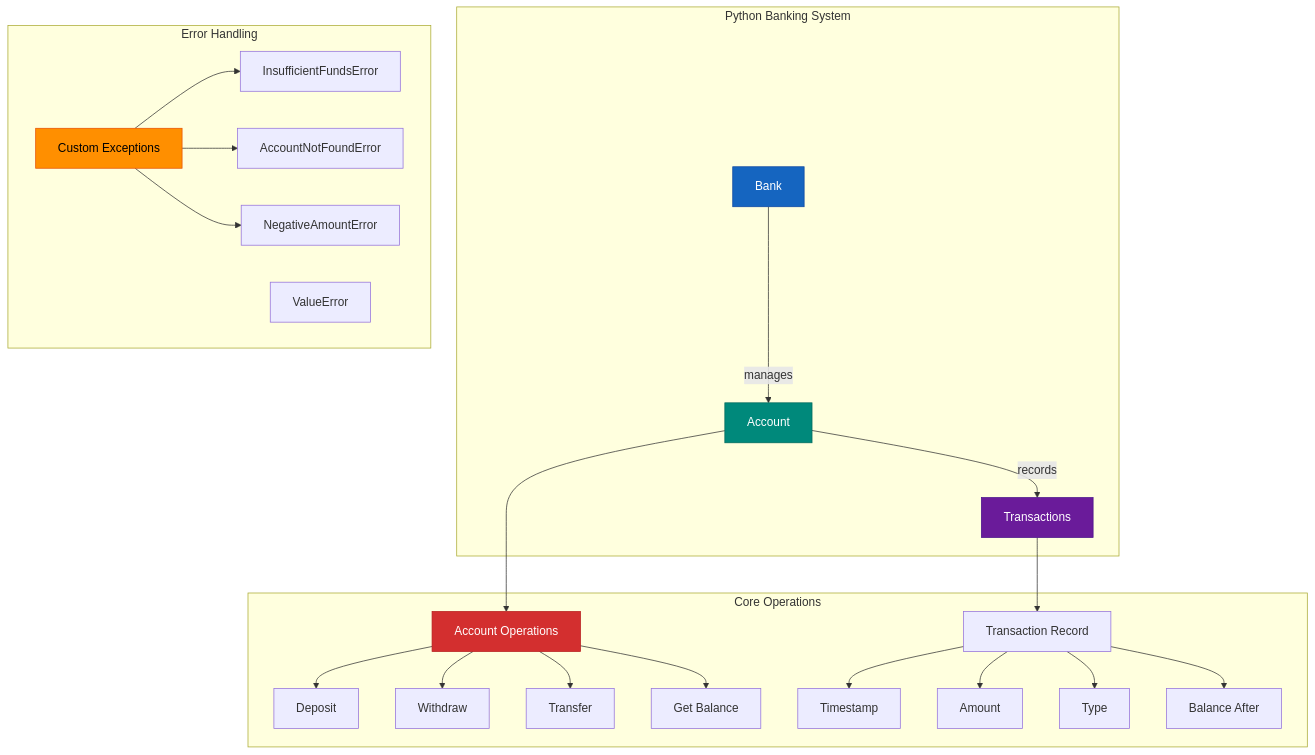
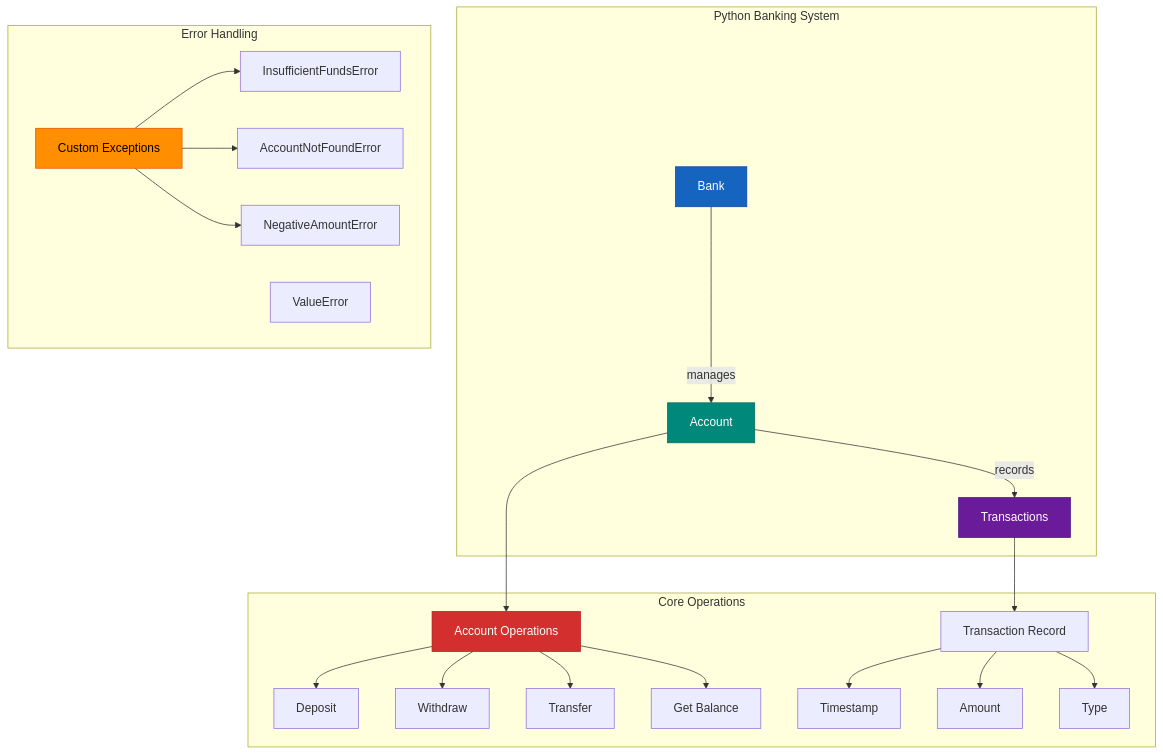
Before and after one commit to WideSu/banking_system_backend: the diagram in README.md, drawn with Mermaid.

Commit message:
Delete balance after

````diff
--- a/README.md
+++ b/README.md
@@ -17,39 +17,38 @@
 ```mermaid
 %% System Architecture Diagram for In-Memory Banking System
 graph TD
     subgraph Python_Banking_System["Python Banking System"]
         A[Bank] -->|manages| B[Account]
         B -->|records| C[Transactions]
     end
 
     subgraph Core_Operations["Core Operations"]
         B --> D[Account Operations]
         D --> D1[Deposit]
         D --> D2[Withdraw]
         D --> D3[Transfer]
         D --> D4[Get Balance]
         C --> E[Transaction Record]
         E --> E1[Timestamp]
         E --> E2[Amount]
         E --> E3[Type]
-        E --> E4[Balance After]
     end
 
     subgraph Error_Handling["Error Handling"]
         F[Custom Exceptions]
         G[ValueError]
         F --> F1[InsufficientFundsError]
         F --> F2[AccountNotFoundError]
         F --> F3[NegativeAmountError]
     end
 
     %% Styling
     style A fill:#1565C0,stroke:#0D47A1,color:#ffffff
     style B fill:#00897B,stroke:#00695C,color:#ffffff
     style C fill:#6A1B9A,stroke:#4A148C,color:#ffffff
     style D fill:#D32F2F,stroke:#B71C1C,color:#ffffff
     style F fill:#FF8F00,stroke:#E65100,color:#000000
     
     %% Subgraph styling
     class Python_Banking_System,Core_Operations,Error_Handling fill:#f5f5f5,stroke:#bdbdbd,stroke-width:2px
 ```
````
